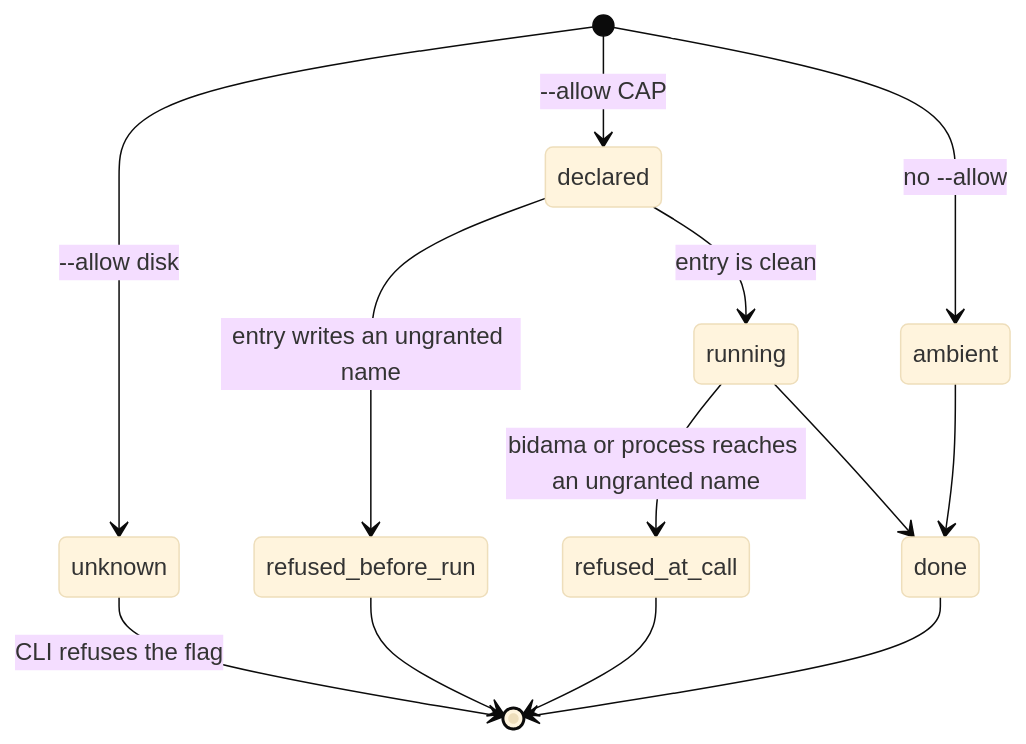
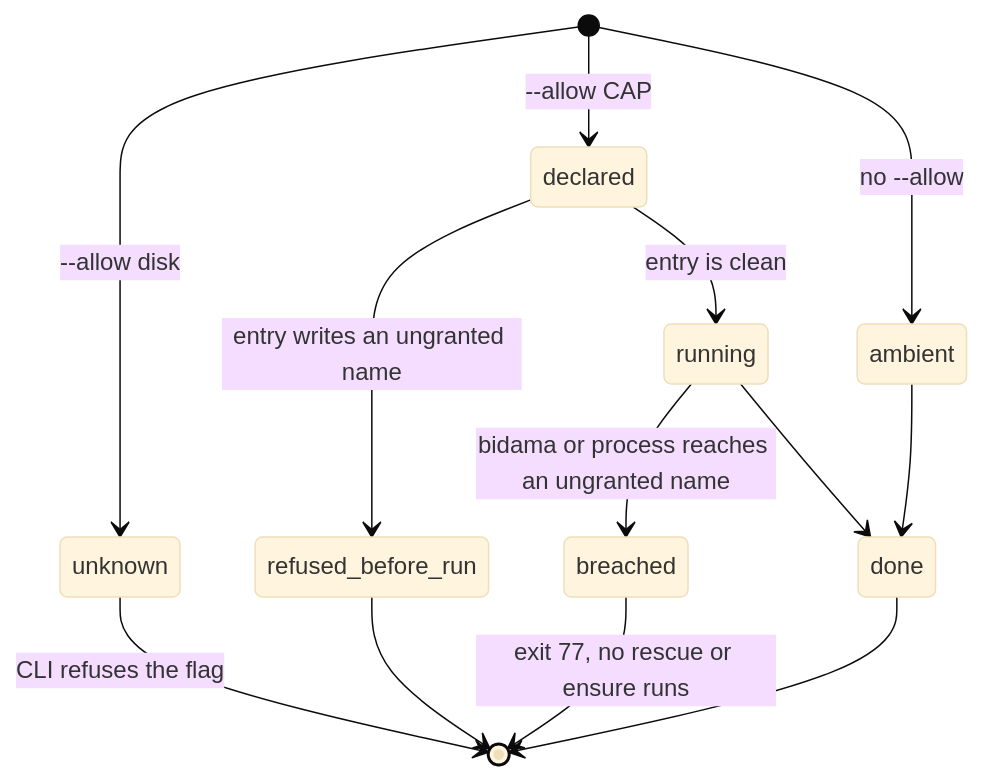
One commit to pleme-io/blue changed the third of 3 diagrams in docs/SAFETY.md. Above: the diagram before and after it, drawn with Mermaid (base theme). The commit also changed other lines of this file and 28 other files, not shown here.

````diff
--- a/docs/SAFETY.md
+++ b/docs/SAFETY.md
@@ -337,15 +375,15 @@
 ```mermaid
 stateDiagram-v2
   [*] --> ambient: no --allow
   [*] --> declared: --allow CAP
   [*] --> unknown: --allow disk
   unknown --> [*]: CLI refuses the flag
   declared --> refused_before_run: entry writes an ungranted name
   declared --> running: entry is clean
-  running --> refused_at_call: bidama or process reaches an ungranted name
+  running --> breached: bidama or process reaches an ungranted name
   running --> done
   ambient --> done
   refused_before_run --> [*]
-  refused_at_call --> [*]
+  breached --> [*]: exit 77, no rescue or ensure runs
   done --> [*]
 ```
````
